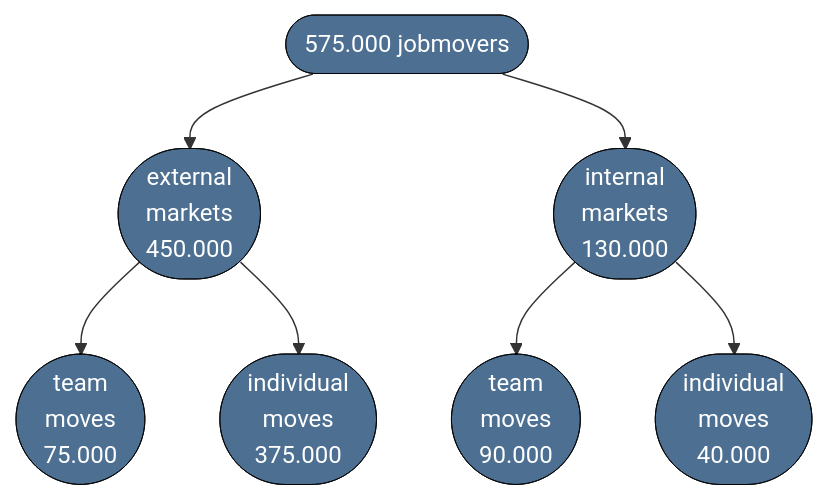
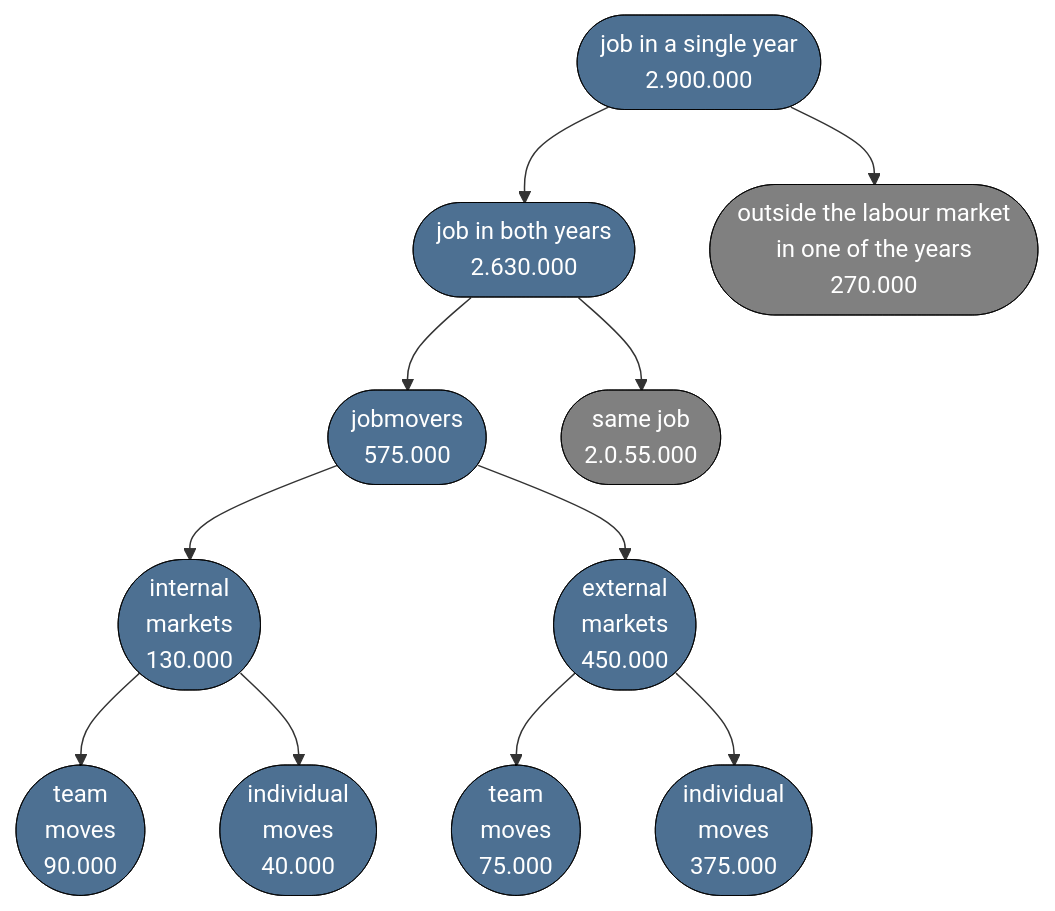
One commit to emilBeBri/phd-article-intraorg changed the diagram in team-moves.qmd. Above: the diagram before and after it, drawn with Mermaid. The commit also changed other lines of this file and 9 other files, not shown here.

````diff
--- a/team-moves.qmd
+++ b/team-moves.qmd
@@ -28,30 +29,48 @@
 ```{mermaid}
 flowchart TD;
 
 
 
 classDef default fill:#4D7092,stroke:black,color:white,stroke-width:0.5px;
 
+classDef notimportant fill:grey,stroke:black,color:white,stroke-width:0.5px;
 
 
-pop0(["575.000 jobmovers"])
+
+
+
+pop000(["job in a single year<br>2.900.000"])
+pop00a(["job in both years<br>2.630.000"])
+pop00b(["outside the labour market<br>in one of the years <br>270.000 "])
+pop0(["jobmovers<br>575.000"])
+pop0b(["same job<br>2.0.55.000"])
 in1(["internal<br>markets<br>130.000"])
 ex1(["external<br>markets<br>450.000"])
 
 in2(["team<br>moves<br>90.000"])
 ex2(["team<br>moves<br>75.000"])
 
 in1a(["individual<br>moves<br>40.000"])
 ex1a(["individual<br>moves<br>375.000"])
 
 
+class pop00b notimportant;
+class pop0b notimportant;
+
+
+pop000 --> pop00a
+pop000 --> pop00b
+pop00a --> pop0
+
+pop00a --> pop0b
+
+pop0 --> in1
 pop0 --> ex1
-pop0 --> in1
 
+in1 --> in2
+in1 --> in1a
 ex1 --> ex2
 ex1 --> ex1a
-in1 --> in2
-in1 --> in1a
 
 
 ```
````
